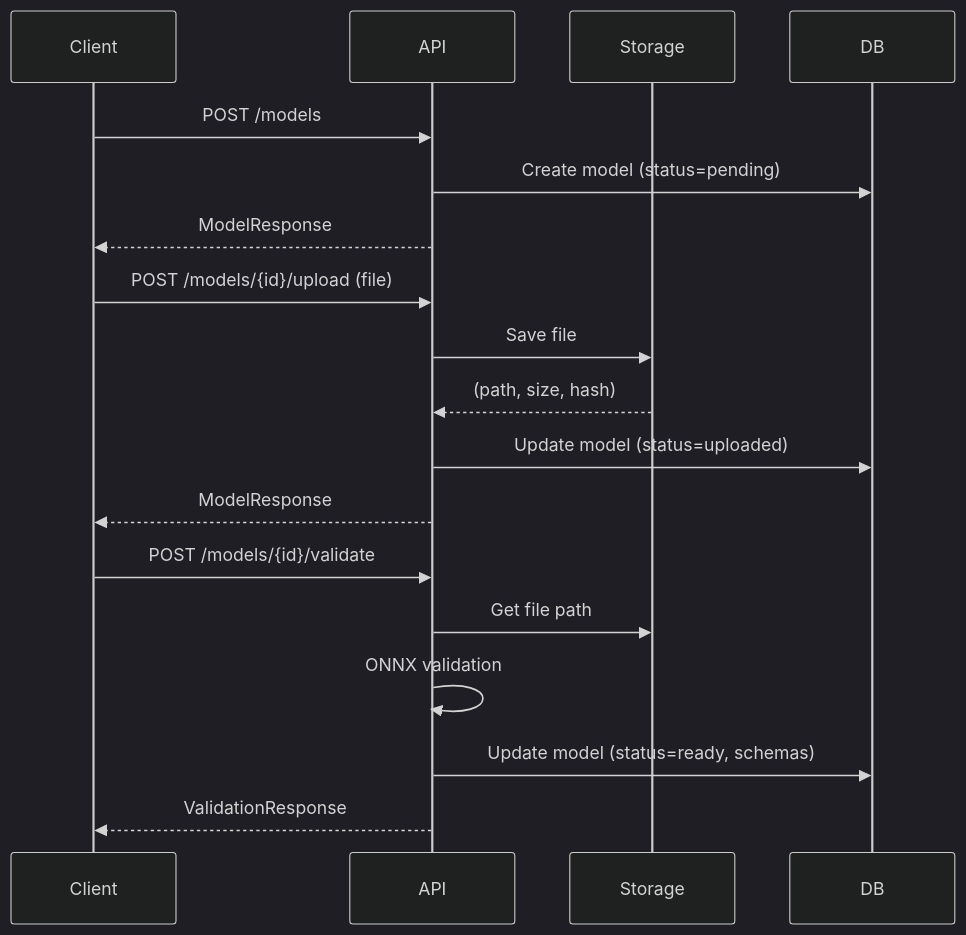
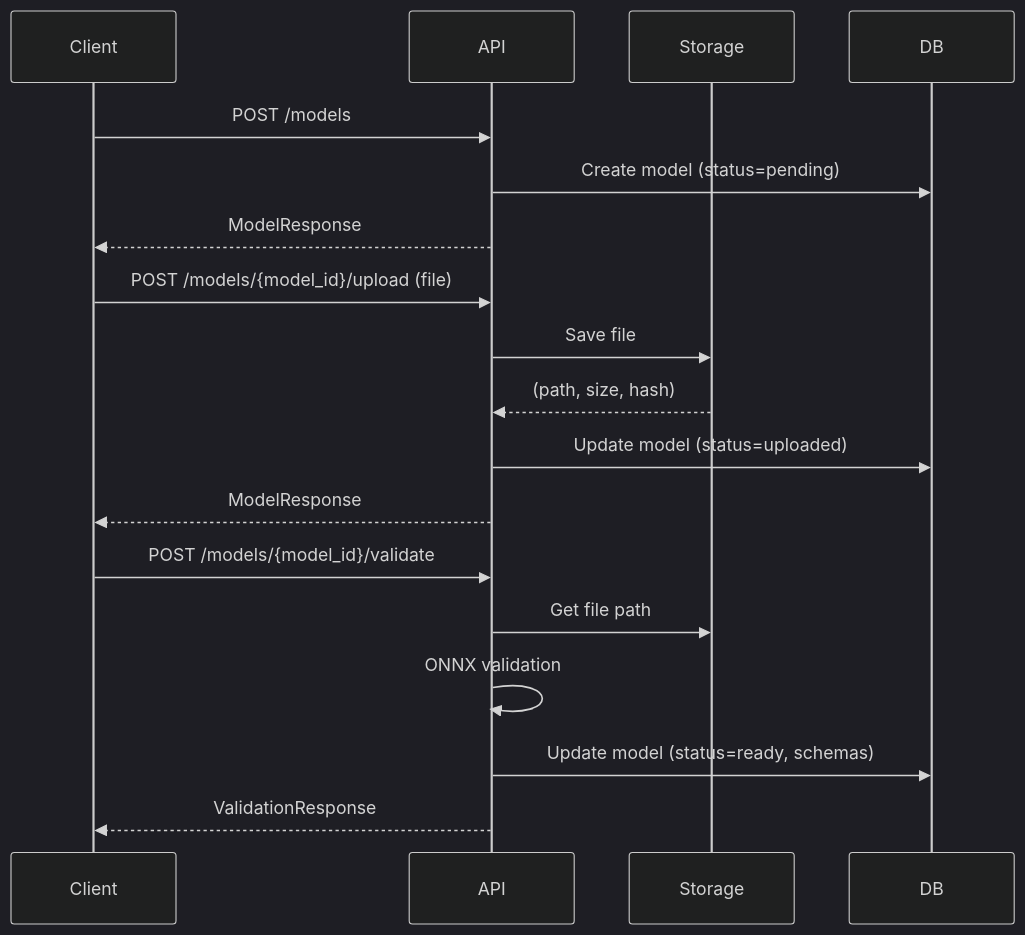
One commit to JohnRogers-Code-projects/MLForge changed the fifth of 5 diagrams in docs/ARCHITECTURE.md. Above: the diagram before and after it, drawn with Mermaid (dark theme). The commit also changed other lines of this file, not shown here.

First line of the commit message:
fix: address Copilot review comments on architecture docs

````diff
--- a/docs/ARCHITECTURE.md
+++ b/docs/ARCHITECTURE.md
@@ -269,23 +272,23 @@
 ```mermaid
 sequenceDiagram
     participant Client
     participant API
     participant Storage
     participant DB
 
     Client->>API: POST /models
     API->>DB: Create model (status=pending)
     API-->>Client: ModelResponse
 
-    Client->>API: POST /models/{id}/upload (file)
+    Client->>API: POST /models/{model_id}/upload (file)
     API->>Storage: Save file
     Storage-->>API: (path, size, hash)
     API->>DB: Update model (status=uploaded)
     API-->>Client: ModelResponse
 
-    Client->>API: POST /models/{id}/validate
+    Client->>API: POST /models/{model_id}/validate
     API->>Storage: Get file path
     API->>API: ONNX validation
     API->>DB: Update model (status=ready, schemas)
     API-->>Client: ValidationResponse
 ```
````
